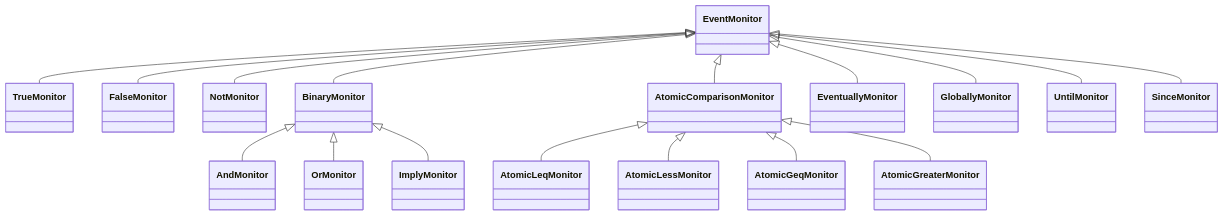
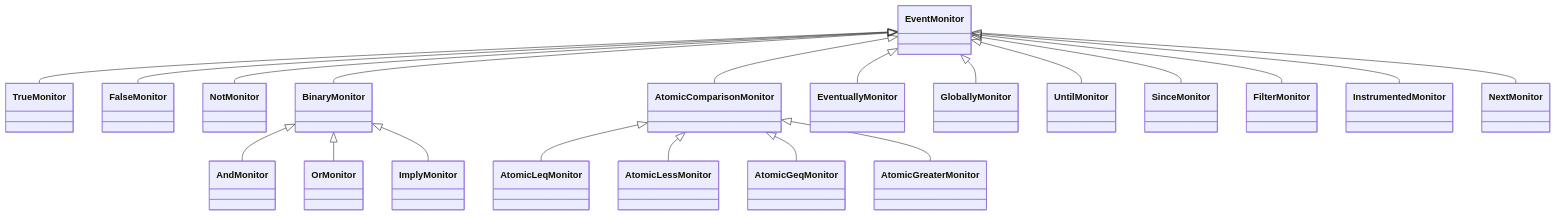
One commit to quasylab/CyTLMonitor changed the fourth of 5 diagrams in docs/architecture.md. Above: the diagram before and after it, drawn with Mermaid. The commit also changed other lines of this file and 41 other files, not shown here.

````diff
--- a/docs/architecture.md
+++ b/docs/architecture.md
@@ -105,20 +105,23 @@
 ```mermaid
 classDiagram
     direction TB
     EventMonitor <|-- TrueMonitor
     EventMonitor <|-- FalseMonitor
     EventMonitor <|-- NotMonitor
     EventMonitor <|-- BinaryMonitor
     EventMonitor <|-- AtomicComparisonMonitor
     EventMonitor <|-- EventuallyMonitor
     EventMonitor <|-- GloballyMonitor
     EventMonitor <|-- UntilMonitor
     EventMonitor <|-- SinceMonitor
+    EventMonitor <|-- FilterMonitor
+    EventMonitor <|-- InstrumentedMonitor
+    EventMonitor <|-- NextMonitor
     BinaryMonitor <|-- AndMonitor
     BinaryMonitor <|-- OrMonitor
     BinaryMonitor <|-- ImplyMonitor
     AtomicComparisonMonitor <|-- AtomicLeqMonitor
     AtomicComparisonMonitor <|-- AtomicLessMonitor
     AtomicComparisonMonitor <|-- AtomicGeqMonitor
     AtomicComparisonMonitor <|-- AtomicGreaterMonitor
 ```
````
